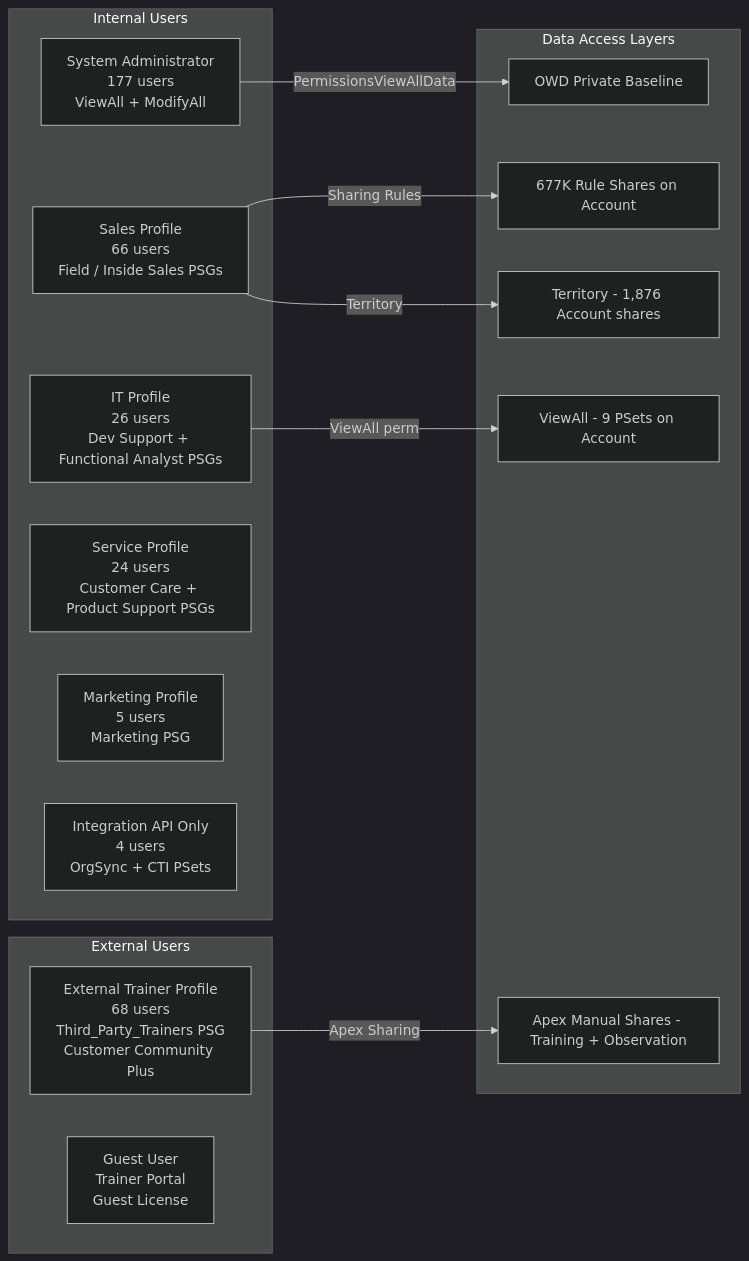
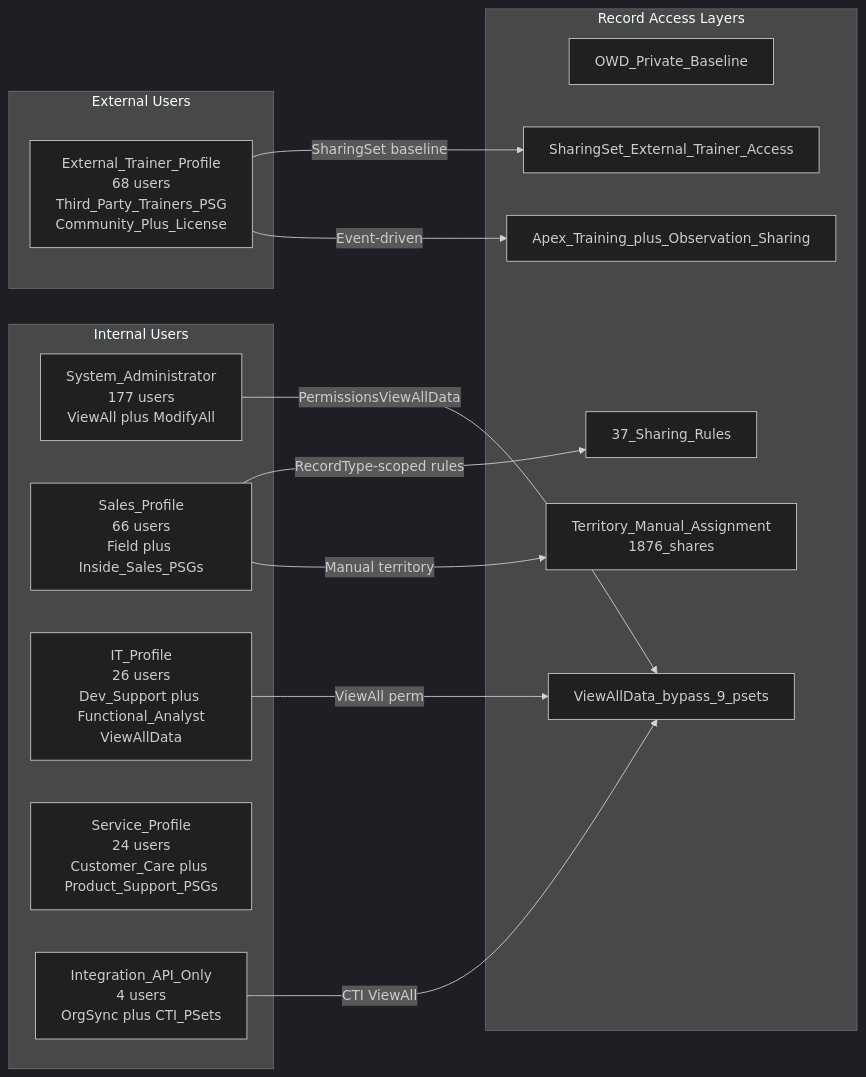
One commit to sbalakrushnanSFDC/Insulet-R1-Sharing-Visibility-Assessment changed the fifth of 5 diagrams in docs/SHARING_ACCESS_ASSESSMENT.md. Above: the diagram before and after it, drawn with Mermaid (dark theme). The commit also changed other lines of this file, not shown here.

````diff
--- a/docs/SHARING_ACCESS_ASSESSMENT.md
+++ b/docs/SHARING_ACCESS_ASSESSMENT.md
@@ -420,28 +337,28 @@
 ```mermaid
 graph LR
     subgraph Internal_Users [Internal Users]
-        Admin[System Administrator\n177 users\nViewAll + ModifyAll]
-        Sales[Sales Profile\n66 users\nField / Inside Sales PSGs]
-        IT[IT Profile\n26 users\nDev Support + Functional Analyst PSGs]
-        Service[Service Profile\n24 users\nCustomer Care + Product Support PSGs]
-        Marketing[Marketing Profile\n5 users\nMarketing PSG]
-        IntAPI[Integration API Only\n4 users\nOrgSync + CTI PSets]
+        Admin[System_Administrator\n177 users\nViewAll plus ModifyAll]
+        Sales[Sales_Profile\n66 users\nField plus Inside_Sales_PSGs]
+        IT[IT_Profile\n26 users\nDev_Support plus Functional_Analyst\nViewAllData]
+        Service[Service_Profile\n24 users\nCustomer_Care plus Product_Support_PSGs]
+        IntAPI[Integration_API_Only\n4 users\nOrgSync plus CTI_PSets]
     end
     subgraph External_Users [External Users]
-        Trainers[External Trainer Profile\n68 users\nThird_Party_Trainers PSG\nCustomer Community Plus]
-        Guest[Guest User\nTrainer Portal\nGuest License]
+        Trainers[External_Trainer_Profile\n68 users\nThird_Party_Trainers_PSG\nCommunity_Plus_License]
     end
-    subgraph Data_Access [Data Access Layers]
-        OWDPrivate[OWD Private Baseline]
-        SharingRules[677K Rule Shares on Account]
-        Territory[Territory - 1,876 Account shares]
-        ApexShare[Apex Manual Shares - Training + Observation]
-        ViewAll[ViewAll - 9 PSets on Account]
+    subgraph Access_Layers [Record Access Layers]
+        OWD[OWD_Private_Baseline]
+        SRules[37_Sharing_Rules]
+        Territory[Territory_Manual_Assignment\n1876_shares]
+        SSet[SharingSet_External_Trainer_Access]
+        Apex[Apex_Training_plus_Observation_Sharing]
+        ViewAll[ViewAllData_bypass_9_psets]
     end
-
-    Admin -->|PermissionsViewAllData| OWDPrivate
-    Sales -->|Sharing Rules| SharingRules
-    Sales -->|Territory| Territory
-    Trainers -->|Apex Sharing| ApexShare
+    Admin -->|PermissionsViewAllData| ViewAll
+    Sales -->|RecordType-scoped rules| SRules
+    Sales -->|Manual territory| Territory
     IT -->|ViewAll perm| ViewAll
+    Trainers -->|SharingSet baseline| SSet
+    Trainers -->|Event-driven| Apex
+    IntAPI -->|CTI ViewAll| ViewAll
 ```
````
